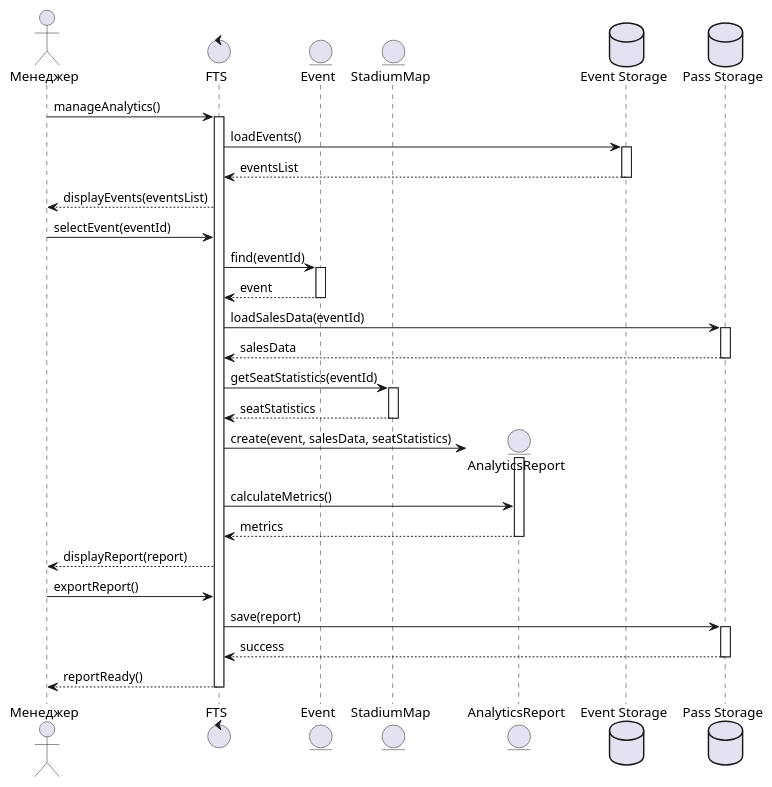
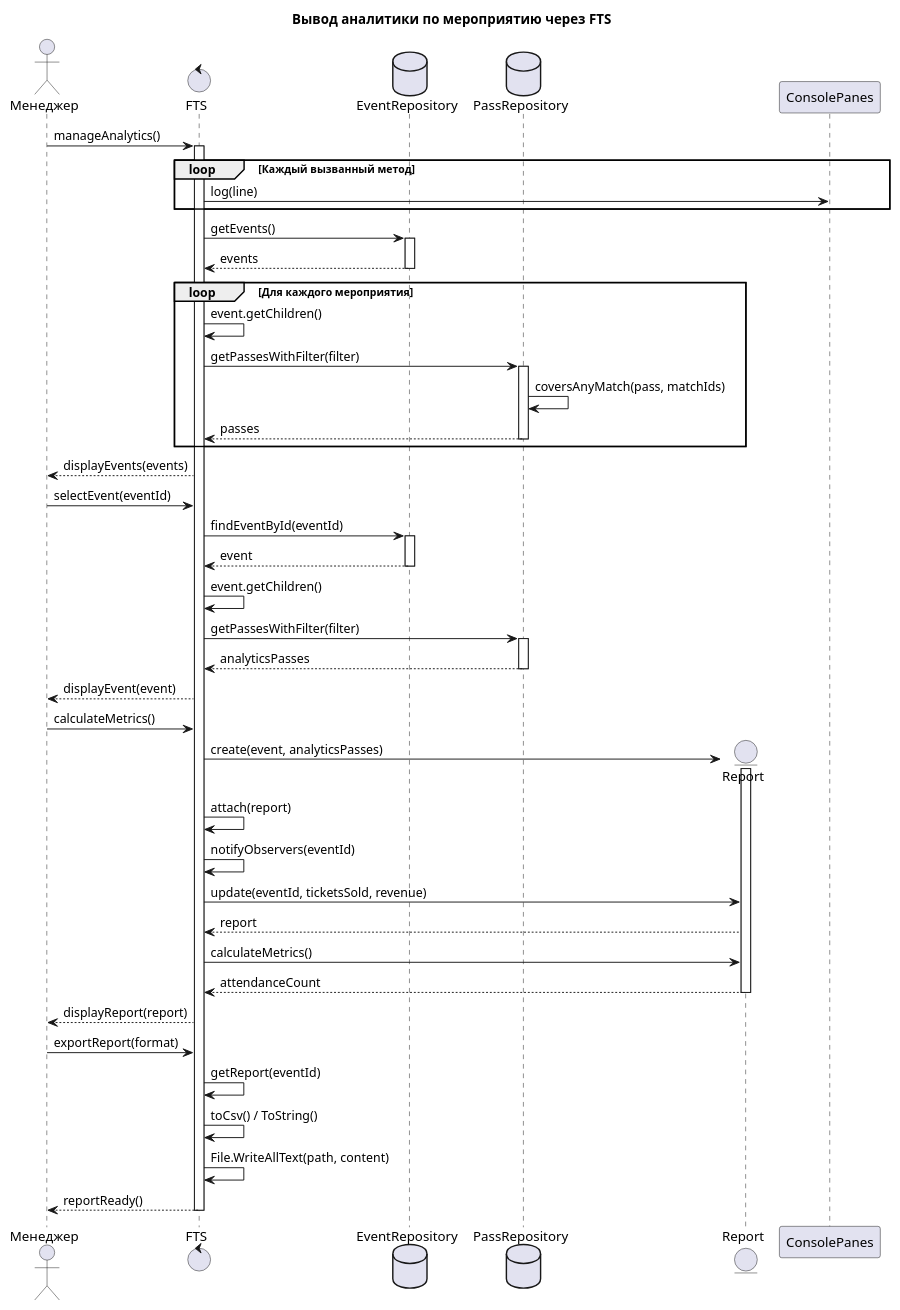
The diagram in Преценденты/Вывод аналитики по мероприятию/Диаграмма последовательности.md (penamarth/bsbo-11-24_team5_var10_football), drawn with PlantUML before and after one commit. The commit also changed 56 other files, not shown here.

````diff
--- a/Преценденты/Вывод аналитики по мероприятию/Диаграмма последовательности.md
+++ b/Преценденты/Вывод аналитики по мероприятию/Диаграмма последовательности.md
@@ -3,58 +3,73 @@
 ```plantuml
+@startuml
+title Вывод аналитики по мероприятию через FTS
 
-@startuml
 actor "Менеджер" as Manager
 
 control "FTS" as FTS
-entity "Event" as Event
-entity "StadiumMap" as Map
-entity "AnalyticsReport" as Report
-database "Event Storage" as EventStorage
-database "Pass Storage" as PassStorage
+database "EventRepository" as EventRepository
+database "PassRepository" as PassRepository
+entity "Report" as Report
+participant "ConsolePanes" as Panes
 
 Manager -> FTS : manageAnalytics()
 activate FTS
 
-FTS -> EventStorage : loadEvents()
-activate EventStorage
-EventStorage --> FTS : eventsList
-deactivate EventStorage
-FTS --> Manager : displayEvents(eventsList)
+loop Каждый вызванный метод
+    FTS -> Panes : log(line)
+end
+
+FTS -> EventRepository : getEvents()
+activate EventRepository
+EventRepository --> FTS : events
+deactivate EventRepository
+
+loop Для каждого мероприятия
+    FTS -> FTS : event.getChildren()
+    FTS -> PassRepository : getPassesWithFilter(filter)
+    activate PassRepository
+    PassRepository -> PassRepository : coversAnyMatch(pass, matchIds)
+    PassRepository --> FTS : passes
+    deactivate PassRepository
+end
+FTS --> Manager : displayEvents(events)
 
 Manager -> FTS : selectEvent(eventId)
 
-FTS -> Event : find(eventId)
-activate Event
-Event --> FTS : event
-deactivate Event
+FTS -> EventRepository : findEventById(eventId)
+activate EventRepository
+EventRepository --> FTS : event
+deactivate EventRepository
 
-FTS -> PassStorage : loadSalesData(eventId)
-activate PassStorage
-PassStorage --> FTS : salesData
-deactivate PassStorage
+FTS -> FTS : event.getChildren()
+FTS -> PassRepository : getPassesWithFilter(filter)
+activate PassRepository
+PassRepository --> FTS : analyticsPasses
+deactivate PassRepository
+FTS --> Manager : displayEvent(event)
 
-FTS -> Map : getSeatStatistics(eventId)
-activate Map
-Map --> FTS : seatStatistics
-deactivate Map
+Manager -> FTS : calculateMetrics()
 
 create Report
-FTS -> Report : create(event, salesData, seatStatistics)
+FTS -> Report : create(event, analyticsPasses)
 activate Report
+
+FTS -> FTS : attach(report)
+FTS -> FTS : notifyObservers(eventId)
+FTS -> Report : update(eventId, ticketsSold, revenue)
+Report --> FTS : report
 FTS -> Report : calculateMetrics()
-Report --> FTS : metrics
+Report --> FTS : attendanceCount
 deactivate Report
 
 FTS --> Manager : displayReport(report)
 
-Manager -> FTS : exportReport()
-FTS -> PassStorage : save(report)
-activate PassStorage
-PassStorage --> FTS : success
-deactivate PassStorage
+Manager -> FTS : exportReport(format)
+FTS -> FTS : getReport(eventId)
+FTS -> FTS : toCsv() / ToString()
+FTS -> FTS : File.WriteAllText(path, content)
+FTS --> Manager : reportReady()
 
-FTS --> Manager : reportReady()
 deactivate FTS
-
 @enduml
 ```
````
